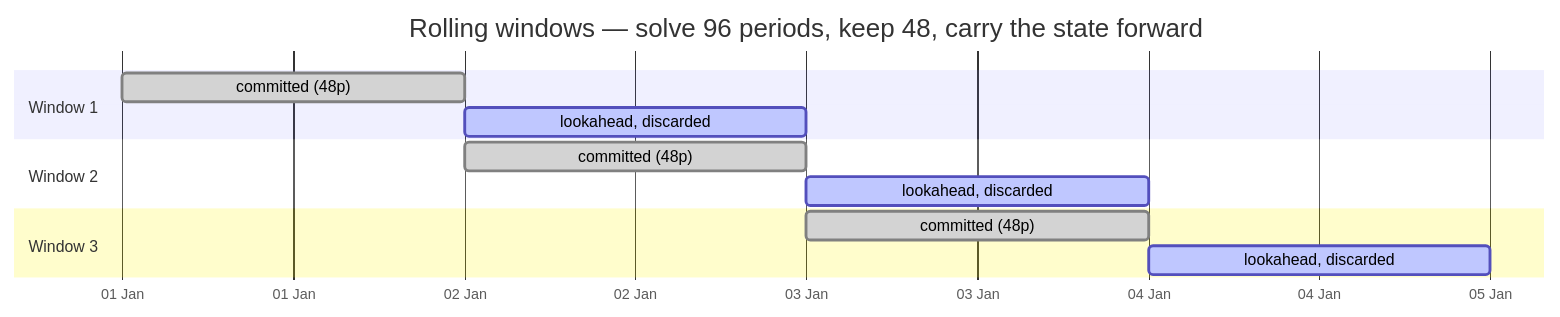
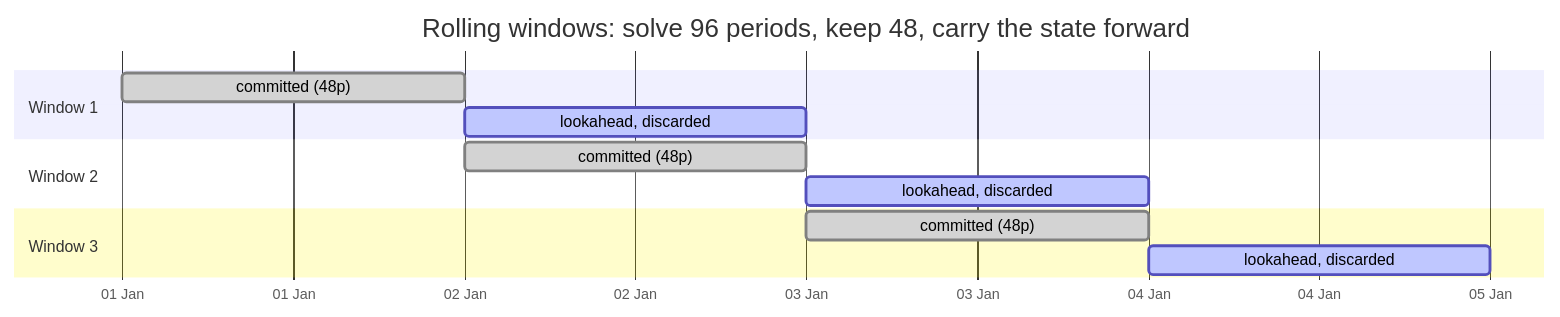
The third of 4 diagrams in docs/solve.md (GuilhermePFM/BatteryCase), drawn with Mermaid before and after one commit. The commit also changed other lines of this file and 20 other files, not shown here.

````diff
--- a/docs/solve.md
+++ b/docs/solve.md
@@ -73,18 +74,18 @@
 ```mermaid
 gantt
-    title Rolling windows — solve 96 periods, keep 48, carry the state forward
+    title Rolling windows: solve 96 periods, keep 48, carry the state forward
     dateFormat YYYY-MM-DD
     axisFormat %d %b
 
     section Window 1
     committed (48p)       :done,    w1c, 2018-01-01, 1d
     lookahead, discarded  :active,  w1l, 2018-01-02, 1d
 
     section Window 2
     committed (48p)       :done,    w2c, 2018-01-02, 1d
     lookahead, discarded  :active,  w2l, 2018-01-03, 1d
 
     section Window 3
     committed (48p)       :done,    w3c, 2018-01-03, 1d
     lookahead, discarded  :active,  w3l, 2018-01-04, 1d
 ```
````
